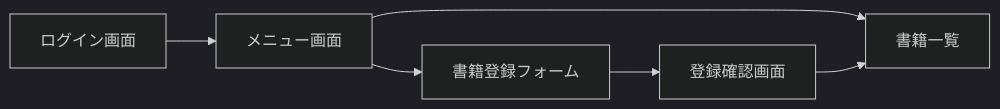
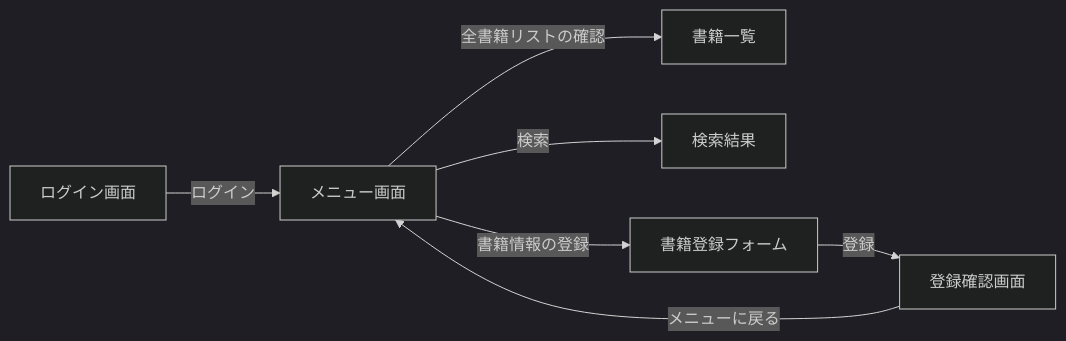
Before and after one commit to juyeongjung1/springboot_personal_practice: the first of 7 diagrams in docs/Comprehensive_Design_Specification.md, drawn with Mermaid (dark theme). The commit also changed other lines of this file and 14 other files, not shown here.

Commit message:
全体設計書の修正：画面遷移図の正確性向上、不足スクリーンショット（各章の全画面）の追加、および用語の適正化。

````diff
--- a/docs/Comprehensive_Design_Specification.md
+++ b/docs/Comprehensive_Design_Specification.md
@@ -13,8 +13,9 @@
 ```mermaid
 graph LR
-    Login[ログイン画面] --> Menu[メニュー画面]
-    Menu --> List[書籍一覧]
-    Menu --> Form[書籍登録フォーム]
-    Form --> Confirm[登録確認画面]
-    Confirm --> List
+    Login[ログイン画面] -- ログイン --> Menu[メニュー画面]
+    Menu -- 全書籍リストの確認 --> List[書籍一覧]
+    Menu -- 検索 --> Search[検索結果]
+    Menu -- 書籍情報の登録 --> Form[書籍登録フォーム]
+    Form -- 登録 --> Confirm[登録確認画面]
+    Confirm -- メニューに戻る --> Menu
 ```
````
